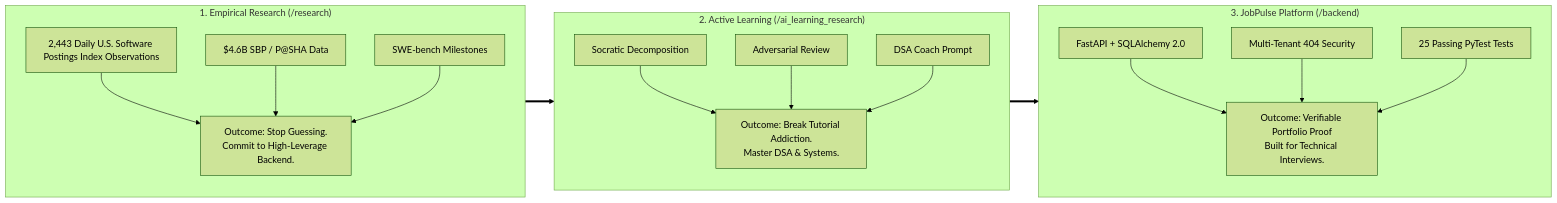
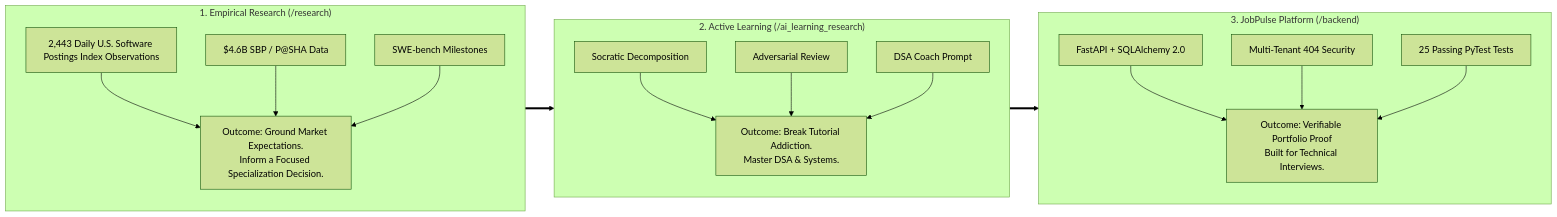
Before and after one commit to bilalfarid-1/whattochoose: the diagram in README.md, drawn with Mermaid (forest theme). The commit also changed 4 other files, not shown here.

Commit message:
fix: soften manuscript employment claims, harmonize SWE-bench time-series fields, and align README diagram outcome

````diff
--- a/README.md
+++ b/README.md
@@ -33,28 +33,28 @@
 ```mermaid
 flowchart LR
     subgraph Part1 ["1. Empirical Research (/research)"]
         direction TB
         R1["2,443 Daily U.S. Software Postings Index Observations"]
         R2["$4.6B SBP / P@SHA Data"]
         R3["SWE-bench Milestones"]
-        R1 & R2 & R3 --> ROut["Outcome: Stop Guessing.<br>Commit to High-Leverage Backend."]
+        R1 & R2 & R3 --> ROut["Outcome: Ground Market Expectations.<br>Inform a Focused Specialization Decision."]
     end
 
     subgraph Part2 ["2. Active Learning (/ai_learning_research)"]
         direction TB
         L1["Socratic Decomposition"]
         L2["Adversarial Review"]
         L3["DSA Coach Prompt"]
         L1 & L2 & L3 --> LOut["Outcome: Break Tutorial Addiction.<br>Master DSA & Systems."]
     end
 
     subgraph Part3 ["3. JobPulse Platform (/backend)"]
         direction TB
         A1["FastAPI + SQLAlchemy 2.0"]
         A2["Multi-Tenant 404 Security"]
         A3["25 Passing PyTest Tests"]
         A1 & A2 & A3 --> AOut["Outcome: Verifiable Portfolio Proof<br>Built for Technical Interviews."]
     end
 
     ROut ==> LOut ==> AOut
 ```
````
